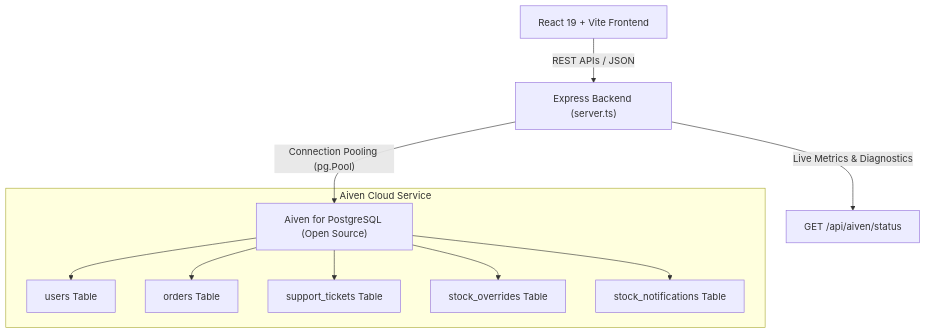
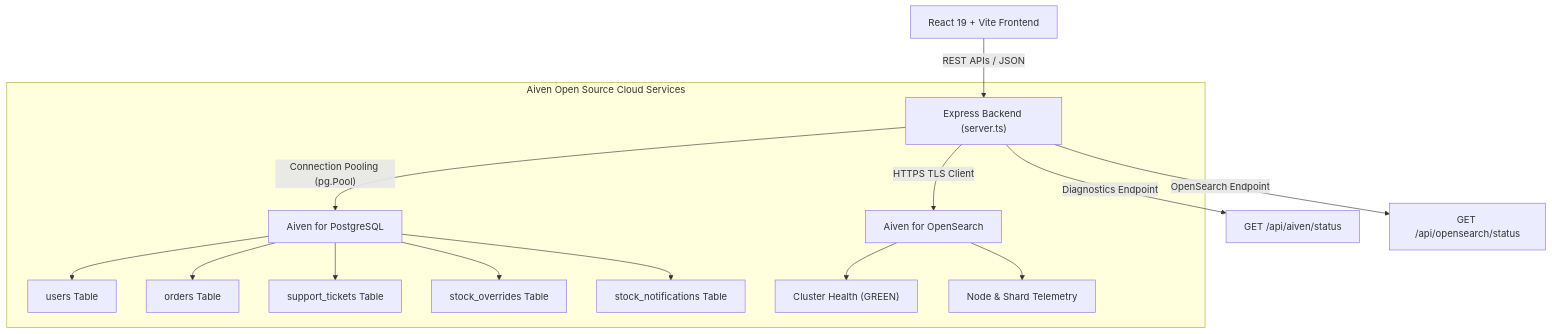
One commit to raghutamil2007/find-kart-hackathon changed the diagram in AIVEN.md. Above: the diagram before and after it, drawn with Mermaid. The commit also changed other lines of this file and 1 other file, not shown here.

Commit message:
docs: update Aiven documentation with OpenSearch architecture and endpoints

````diff
--- a/AIVEN.md
+++ b/AIVEN.md
@@ -9,15 +11,21 @@
 ```mermaid
 graph TD
     Client["React 19 + Vite Frontend"] -->|"REST APIs / JSON"| Express["Express Backend (server.ts)"]
-    Express -->|"Connection Pooling (pg.Pool)"| Aiven["Aiven for PostgreSQL (Open Source)"]
     
-    subgraph Aiven Cloud Service
-        Aiven --> T1["users Table"]
-        Aiven --> T2["orders Table"]
-        Aiven --> T3["support_tickets Table"]
-        Aiven --> T4["stock_overrides Table"]
-        Aiven --> T5["stock_notifications Table"]
+    subgraph Aiven Open Source Cloud Services
+        Express -->|"Connection Pooling (pg.Pool)"| AivenPG["Aiven for PostgreSQL"]
+        Express -->|"HTTPS TLS Client"| AivenOS["Aiven for OpenSearch"]
+        
+        AivenPG --> T1["users Table"]
+        AivenPG --> T2["orders Table"]
+        AivenPG --> T3["support_tickets Table"]
+        AivenPG --> T4["stock_overrides Table"]
+        AivenPG --> T5["stock_notifications Table"]
+        
+        AivenOS --> OS1["Cluster Health (GREEN)"]
+        AivenOS --> OS2["Node & Shard Telemetry"]
     end
     
-    Express -->|"Live Metrics & Diagnostics"| Diagnostics["GET /api/aiven/status"]
+    Express -->|"Diagnostics Endpoint"| D1["GET /api/aiven/status"]
+    Express -->|"OpenSearch Endpoint"| D2["GET /api/opensearch/status"]
 ```
````
